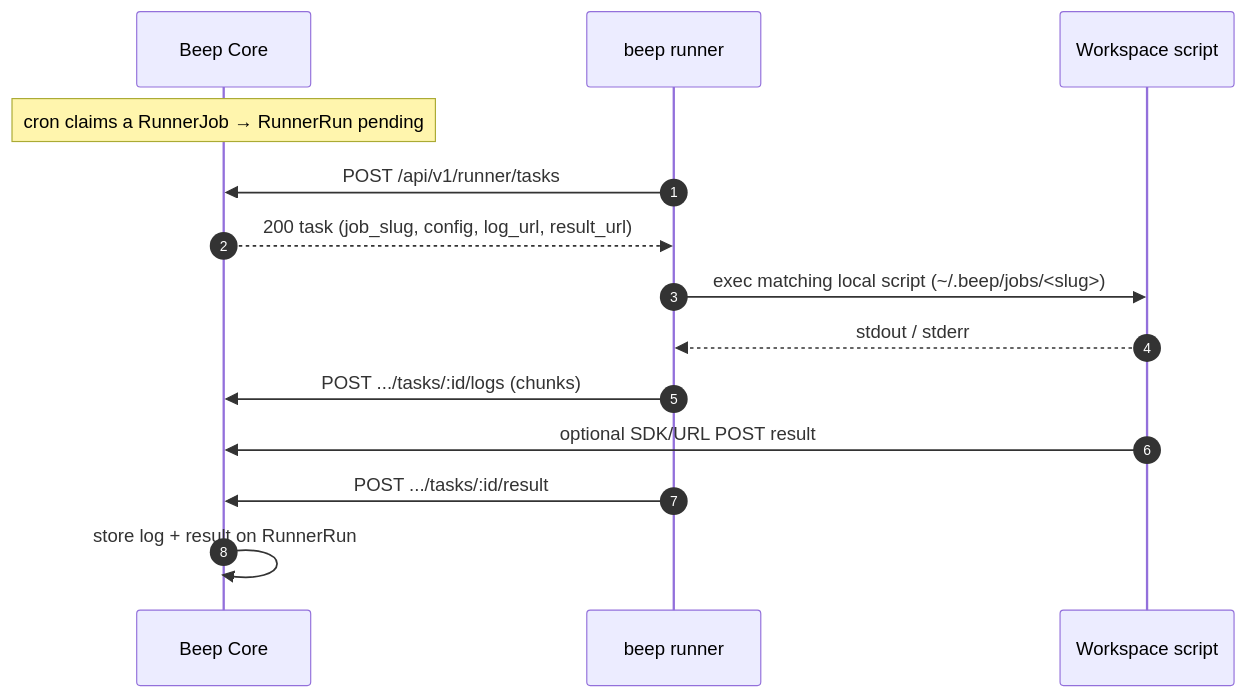
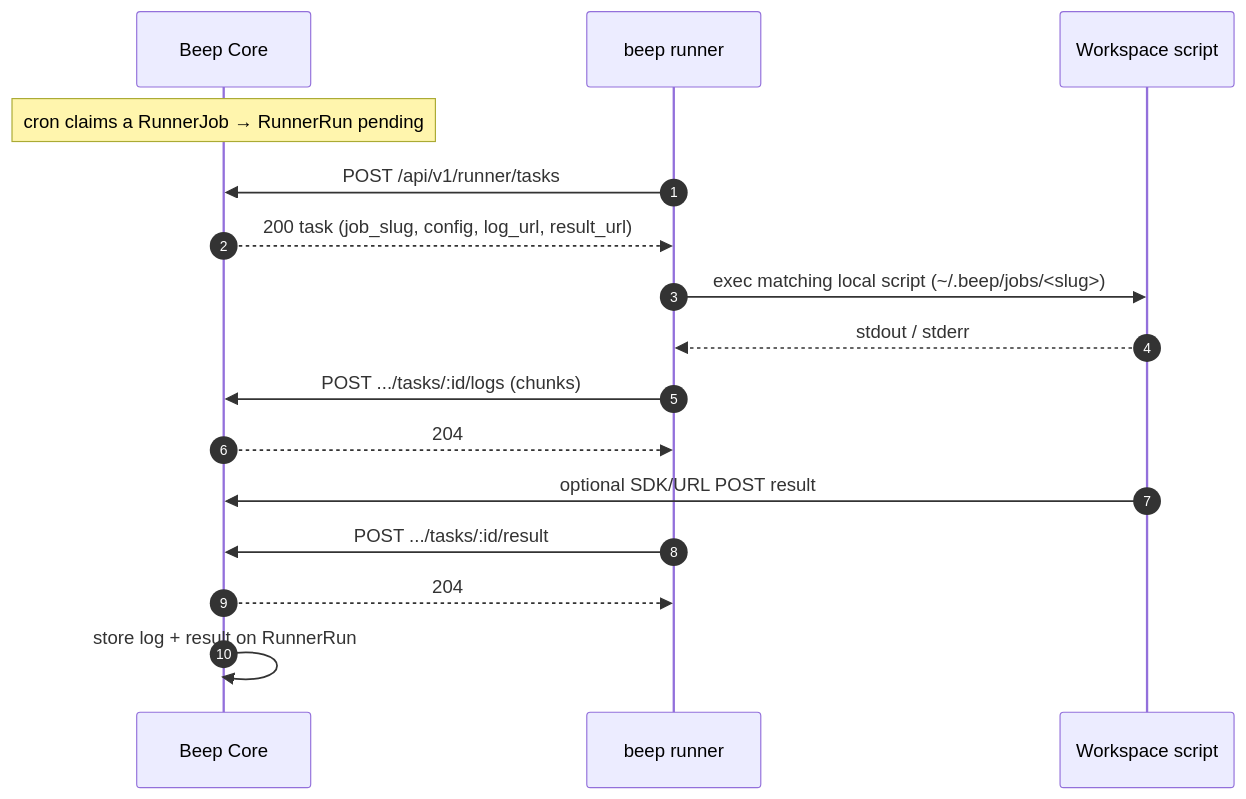
The diagram in docs/architecture/runner.md (yuler/beep), drawn with Mermaid before and after one commit. The commit also changed 8 other files, not shown here.

First line of the commit message:
♻️ [core,cli] Return 204 for runner log and result callbacks

````diff
--- a/docs/architecture/runner.md
+++ b/docs/architecture/runner.md
@@ -7,17 +7,19 @@
 ```mermaid
 sequenceDiagram
   autonumber
   participant Core as Beep Core
   participant Runner as beep runner
   participant Script as Workspace script
 
   Note over Core: cron claims a RunnerJob → RunnerRun pending
   Runner->>Core: POST /api/v1/runner/tasks
   Core-->>Runner: 200 task (job_slug, config, log_url, result_url)
   Runner->>Script: exec matching local script (~/.beep/jobs/<slug>)
   Script-->>Runner: stdout / stderr
   Runner->>Core: POST .../tasks/:id/logs (chunks)
+  Core-->>Runner: 204
   Script->>Core: optional SDK/URL POST result
   Runner->>Core: POST .../tasks/:id/result
+  Core-->>Runner: 204
   Core->>Core: store log + result on RunnerRun
 ```
````
